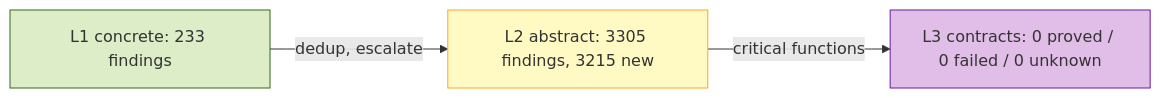
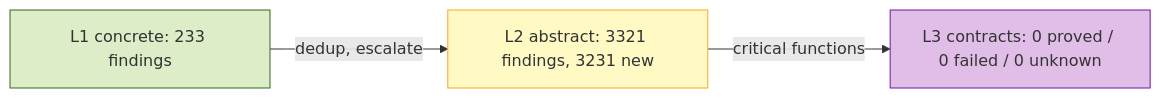
The first of 6 diagrams in reports/riantr_moonbit_doubleML@latest_0.164.64.md (riantr/LunaFlow), drawn with Mermaid before and after one commit. The commit also changed other lines of this file and 18 other files, not shown here.

````diff
--- a/reports/riantr_moonbit_doubleML@latest_0.164.64.md
+++ b/reports/riantr_moonbit_doubleML@latest_0.164.64.md
@@ -48,11 +48,11 @@
 ```mermaid
 flowchart LR
   classDef l1 fill:#dcedc8,stroke:#33691e
   classDef l2 fill:#fff9c4,stroke:#f9a825
   classDef l3 fill:#e1bee7,stroke:#6a1b9a
   L1["L1 concrete: 233 findings"]:::l1
-  L2["L2 abstract: 3305 findings, 3215 new"]:::l2
+  L2["L2 abstract: 3321 findings, 3231 new"]:::l2
   L3["L3 contracts: 0 proved / 0 failed / 0 unknown"]:::l3
   L1 -->|"dedup, escalate"| L2
   L2 -->|"critical functions"| L3
 ```
````
